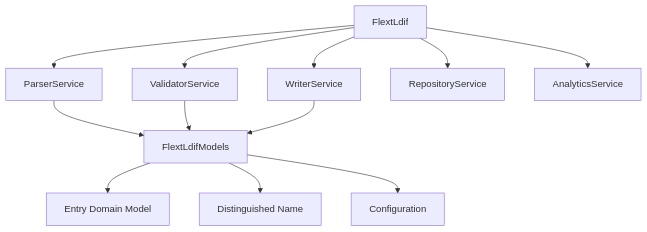
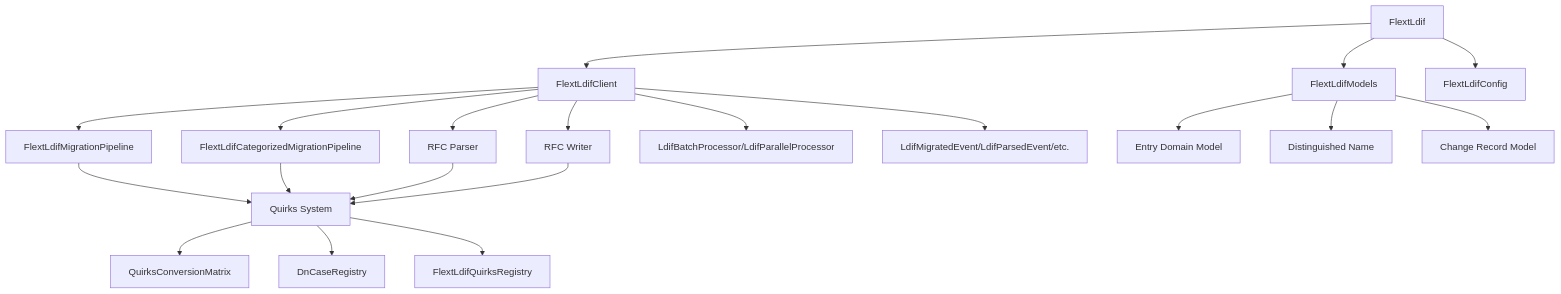
One commit to flext-sh/flext-ldif changed the diagram in README.md. Above: the diagram before and after it, drawn with Mermaid. The commit also changed other lines of this file and 61 other files, not shown here.

````diff
--- a/README.md
+++ b/README.md
@@ -187,16 +190,26 @@
 ```mermaid
 graph TB
-    API[FlextLdif] --> Parser[ParserService]
-    API --> Validator[ValidatorService]
-    API --> Writer[WriterService]
-    API --> Repository[RepositoryService]
-    API --> Analytics[AnalyticsService]
+    API[FlextLdif] --> Client[FlextLdifClient]
+    API --> Models[FlextLdifModels]
+    API --> Config[FlextLdifConfig]
 
-    Parser --> Models[FlextLdifModels]
-    Validator --> Models
-    Writer --> Models
+    Client --> Parser[RFC Parser]
+    Client --> Writer[RFC Writer]
+    Client --> Migration[FlextLdifMigrationPipeline]
+    Client --> Categorized[FlextLdifCategorizedMigrationPipeline]
+    Client --> Processors[LdifBatchProcessor/LdifParallelProcessor]
+    Client --> Events[LdifMigratedEvent/LdifParsedEvent/etc.]
+
+    Migration --> Quirks[Quirks System]
+    Categorized --> Quirks
+    Parser --> Quirks
+    Writer --> Quirks
+
+    Quirks --> ConversionMatrix[QuirksConversionMatrix]
+    Quirks --> DnCaseRegistry[DnCaseRegistry]
+    Quirks --> Registry[FlextLdifQuirksRegistry]
 
     Models --> Entry[Entry Domain Model]
     Models --> DN[Distinguished Name]
-    Models --> Config[Configuration]
+    Models --> ChangeRecord[Change Record Model]
 ```
````
